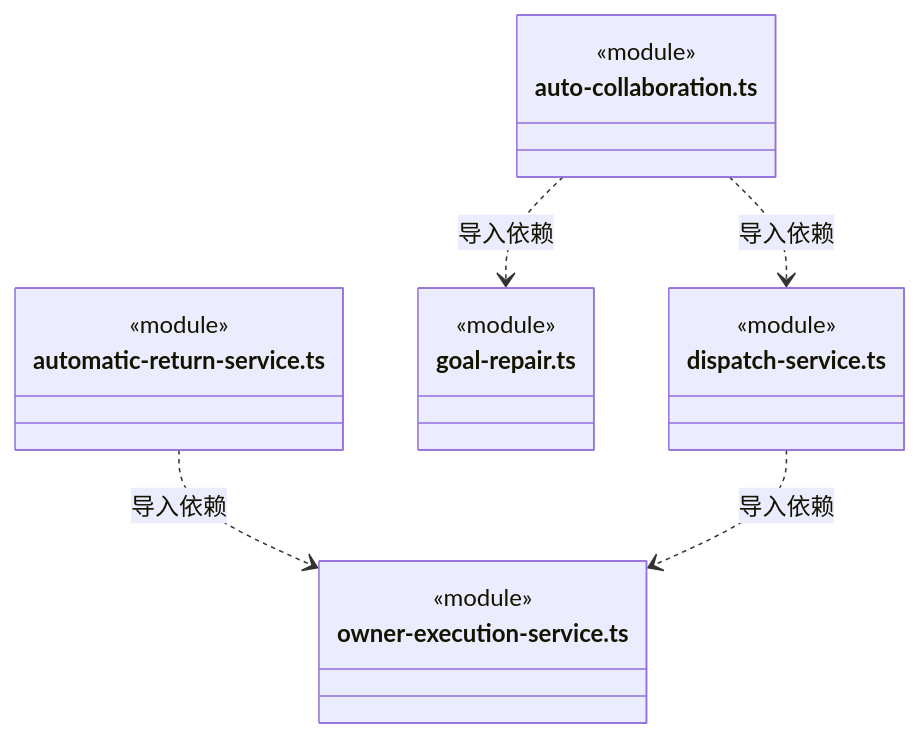
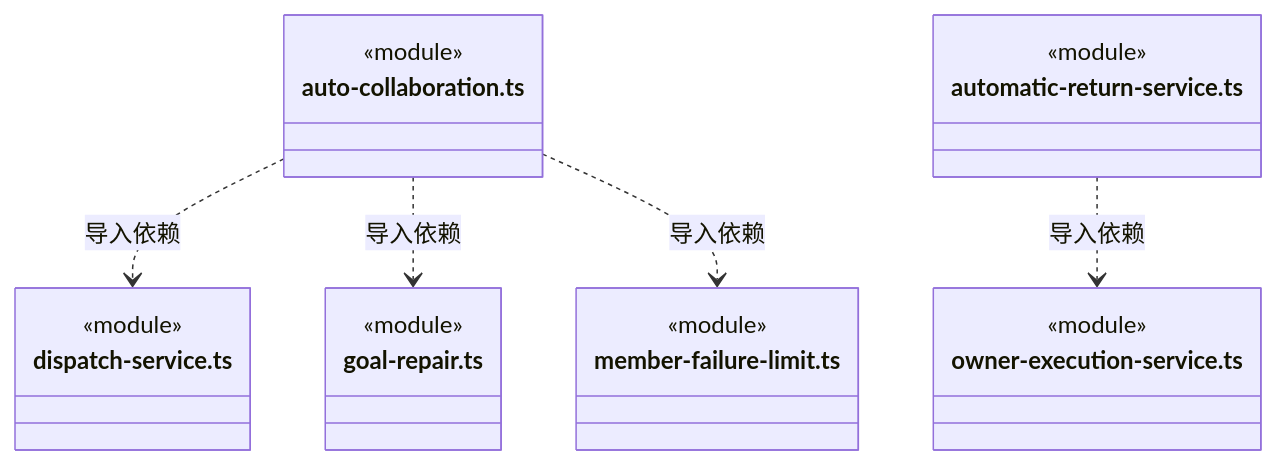
Diagram 14 of 15 in src/backend/scheduler-engine/dispatch/ARCHITECTURE.md (nan023062/cbim), drawn with Mermaid before and after one commit. The commit also changed other lines of this file and 9 other files, not shown here.

Commit message:
fix: stop automatic collaboration after repeated member failures

````diff
--- a/src/backend/scheduler-engine/dispatch/ARCHITECTURE.md
+++ b/src/backend/scheduler-engine/dispatch/ARCHITECTURE.md
@@ -374,22 +388,25 @@
 ```mermaid
 classDiagram
 class N_src_backend_scheduler_engine_dispatch_auto_collaboration_ts["auto-collaboration.ts"] {
   <<module>>
 }
 class N_src_backend_scheduler_engine_dispatch_dispatch_service_ts["dispatch-service.ts"] {
   <<module>>
 }
 class N_src_backend_scheduler_engine_dispatch_goal_repair_ts["goal-repair.ts"] {
   <<module>>
 }
+class N_src_backend_scheduler_engine_dispatch_member_failure_limit_ts["member-failure-limit.ts"] {
+  <<module>>
+}
 class N_src_backend_scheduler_engine_dispatch_automatic_return_service_ts["automatic-return-service.ts"] {
   <<module>>
 }
 class N_src_backend_scheduler_engine_dispatch_owner_execution_service_ts["owner-execution-service.ts"] {
   <<module>>
 }
 N_src_backend_scheduler_engine_dispatch_auto_collaboration_ts ..> N_src_backend_scheduler_engine_dispatch_dispatch_service_ts : 导入依赖
 N_src_backend_scheduler_engine_dispatch_auto_collaboration_ts ..> N_src_backend_scheduler_engine_dispatch_goal_repair_ts : 导入依赖
+N_src_backend_scheduler_engine_dispatch_auto_collaboration_ts ..> N_src_backend_scheduler_engine_dispatch_member_failure_limit_ts : 导入依赖
 N_src_backend_scheduler_engine_dispatch_automatic_return_service_ts ..> N_src_backend_scheduler_engine_dispatch_owner_execution_service_ts : 导入依赖
-N_src_backend_scheduler_engine_dispatch_dispatch_service_ts ..> N_src_backend_scheduler_engine_dispatch_owner_execution_service_ts : 导入依赖
 ```
````
